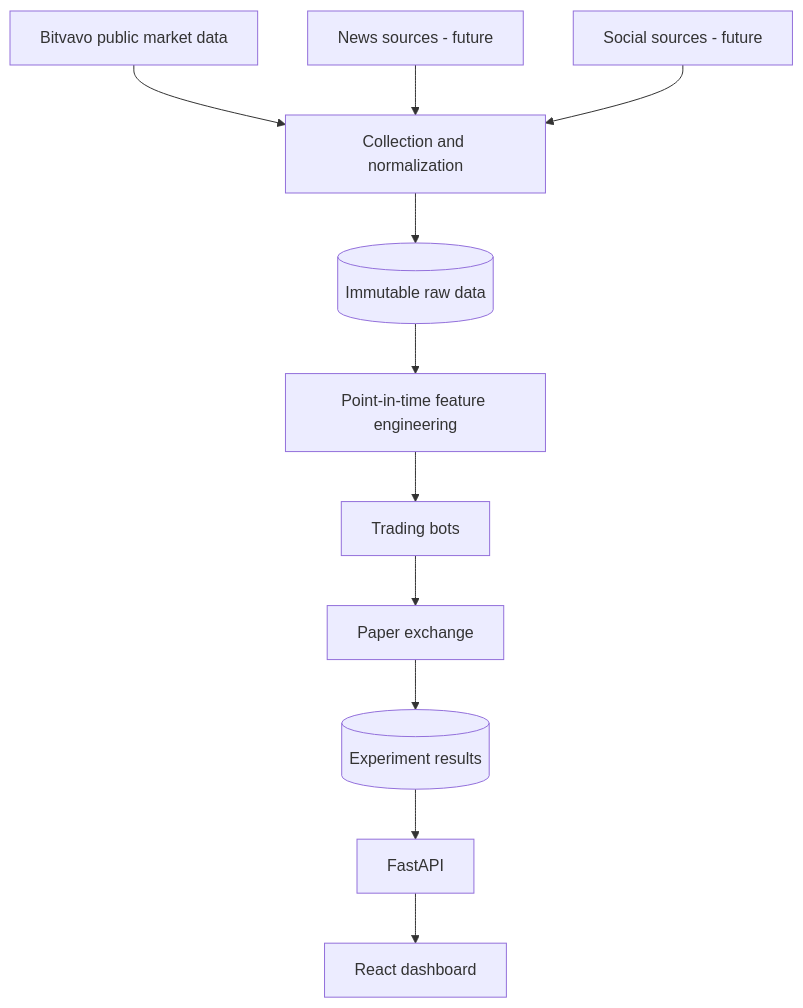
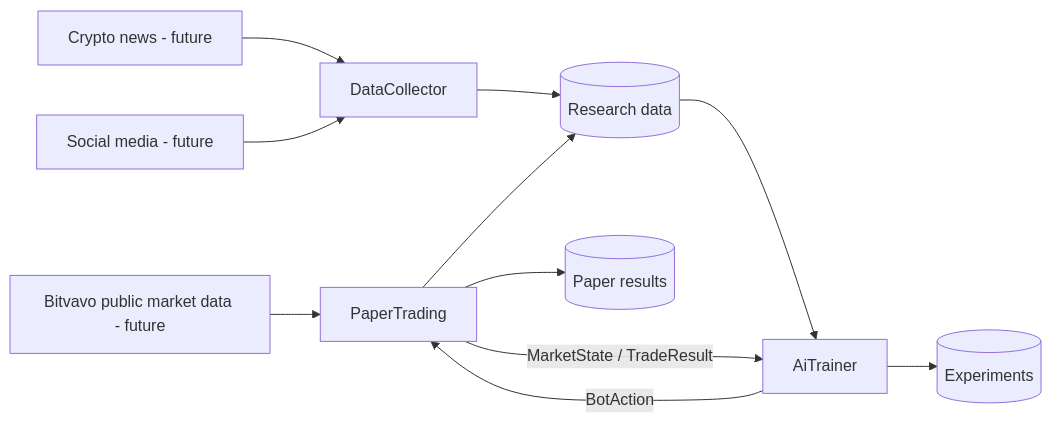
The diagram in README.md (ragalkema/PaperTradeAiTrainer), drawn with Mermaid before and after one commit. The commit also changed other lines of this file and 20 other files, not shown here.

Commit message:
docs: document multi-project architecture

````diff
--- a/README.md
+++ b/README.md
@@ -20,16 +9,16 @@
 ```mermaid
-flowchart TD
-    BV[Bitvavo public market data]
-    NEWS[News sources - future]
-    SOCIAL[Social sources - future]
-    BV --> DATA[Collection and normalization]
-    NEWS --> DATA
-    SOCIAL --> DATA
-    DATA --> RAW[(Immutable raw data)]
-    RAW --> FEATURES[Point-in-time feature engineering]
-    FEATURES --> BOTS[Trading bots]
-    BOTS --> EXCHANGE[Paper exchange]
-    EXCHANGE --> RESULTS[(Experiment results)]
-    RESULTS --> API[FastAPI]
-    API --> UI[React dashboard]
+flowchart LR
+    BV[Bitvavo public market data - future]
+    NEWS[Crypto news - future]
+    SOCIAL[Social media - future]
+    NEWS --> DC[DataCollector]
+    SOCIAL --> DC
+    BV --> PT[PaperTrading]
+    DC --> DATA[(Research data)]
+    PT --> DATA
+    DATA --> AI[AiTrainer]
+    AI -->|BotAction| PT
+    PT -->|MarketState / TradeResult| AI
+    PT --> RESULTS[(Paper results)]
+    AI --> EXP[(Experiments)]
 ```
````
